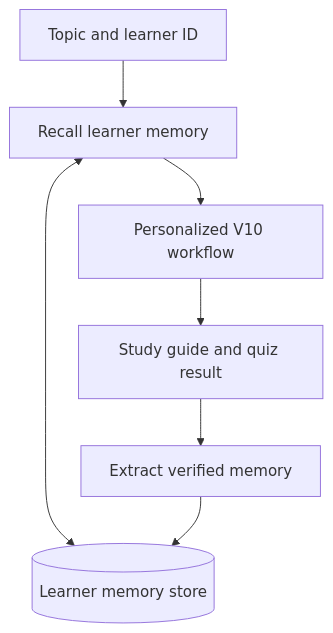
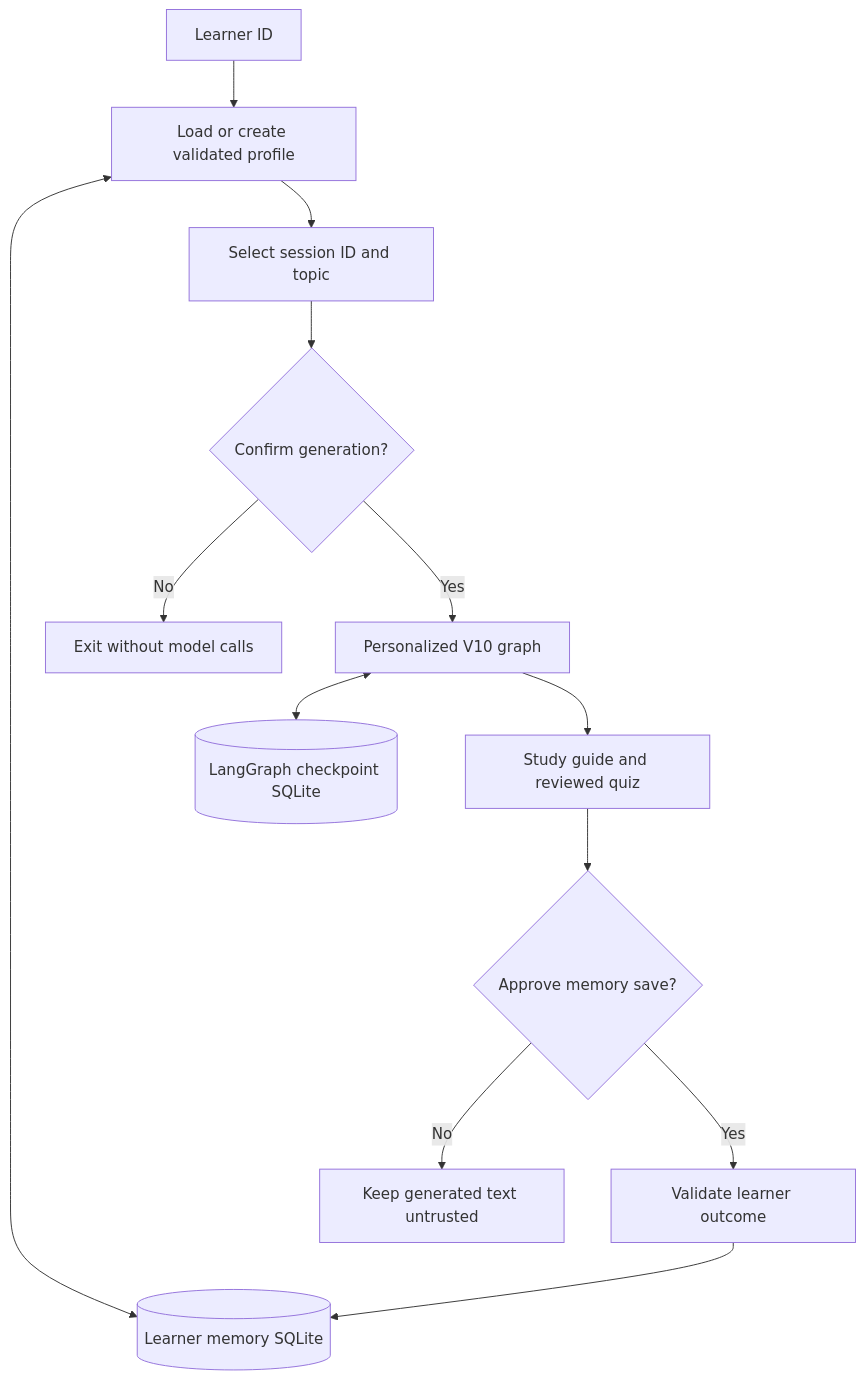
Diagram 13 of 20 in docs/ARCHITECTURE.md (anne500/multi-agent-study-guide), drawn with Mermaid before and after one commit. The commit also changed other lines of this file and 4 other files, not shown here.

Commit message:
Add V11 long-term learner memory

````diff
--- a/docs/ARCHITECTURE.md
+++ b/docs/ARCHITECTURE.md
@@ -222,9 +222,15 @@
 ```mermaid
 flowchart TD
-    A[Topic and learner ID] --> B[Recall learner memory]
-    B <--> C[(Learner memory store)]
-    B --> D[Personalized V10 workflow]
-    D --> E[Study guide and quiz result]
-    E --> F[Extract verified memory]
-    F --> C
+    A[Learner ID] --> B[Load or create validated profile]
+    B <--> C[(Learner memory SQLite)]
+    B --> D[Select session ID and topic]
+    D --> E{Confirm generation?}
+    E -->|No| F[Exit without model calls]
+    E -->|Yes| G[Personalized V10 graph]
+    G <--> H[(LangGraph checkpoint SQLite)]
+    G --> I[Study guide and reviewed quiz]
+    I --> J{Approve memory save?}
+    J -->|No| K[Keep generated text untrusted]
+    J -->|Yes| L[Validate learner outcome]
+    L --> C
 ```
````
